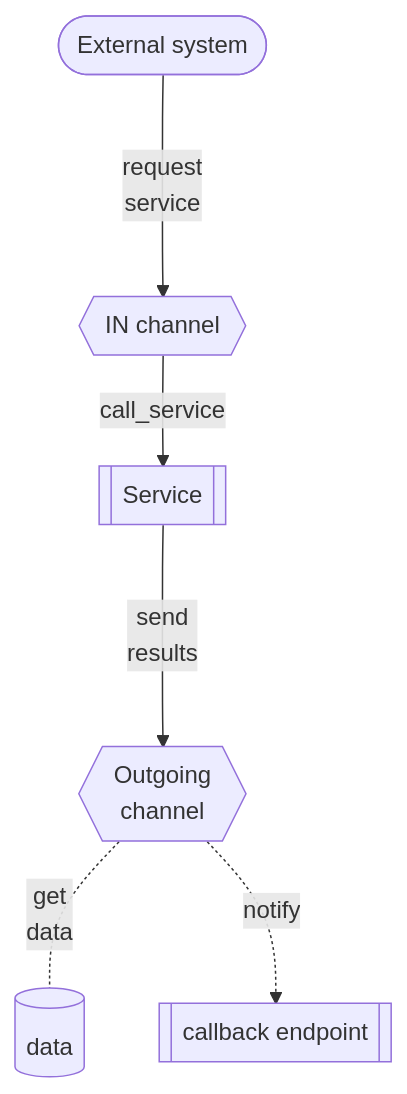
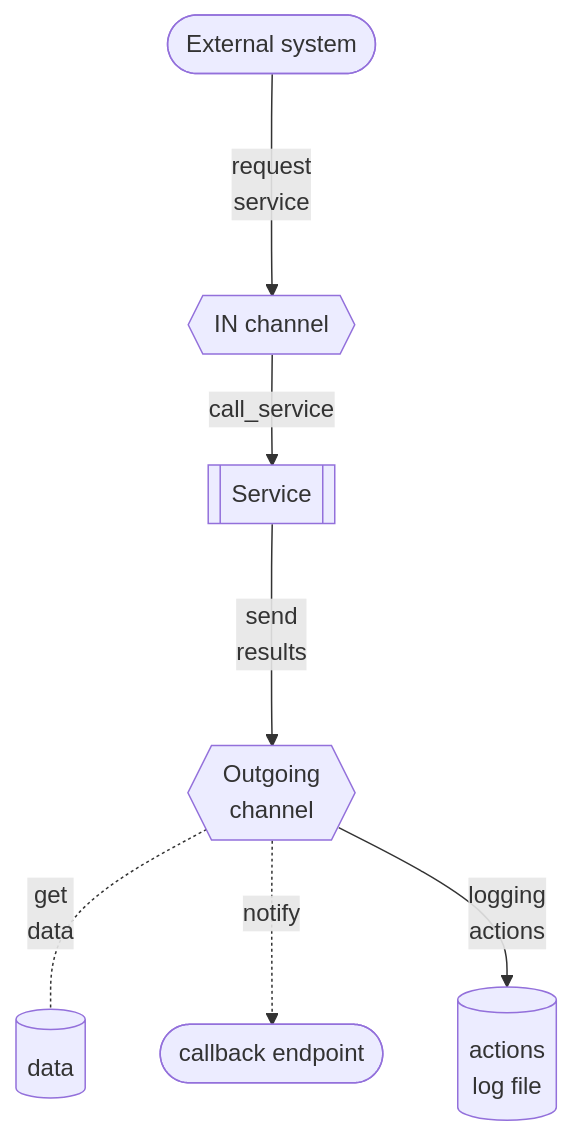
One commit to petre-renware/arint changed the diagram in doc_src/810-DSGN/130.02-Overview.md. Above: the diagram before and after it, drawn with Mermaid.

````diff
--- a/doc_src/810-DSGN/130.02-Overview.md
+++ b/doc_src/810-DSGN/130.02-Overview.md
@@ -24,19 +24,19 @@
 ``` mermaid
 graph TD
     SRV[[Service]]
     EXT([External system])
     INCH{{IN channel}}
     DTB[(data)]
     OUTCH{{Outgoing \n channel}}
-
-    CALLBCK[[callback endpoint]]
+    CALLBCK([callback endpoint])
+    LOGFILE[(actions \n log file)]
     
     EXT --->|request \n service| INCH
     INCH --> |call_service| SRV
     SRV --->|send \n results| OUTCH
     
     OUTCH -.- |get \n data| DTB
     OUTCH -.-> |notify| CALLBCK
-
+    OUTCH --> |logging \n actions| LOGFILE
 
 ```
````
